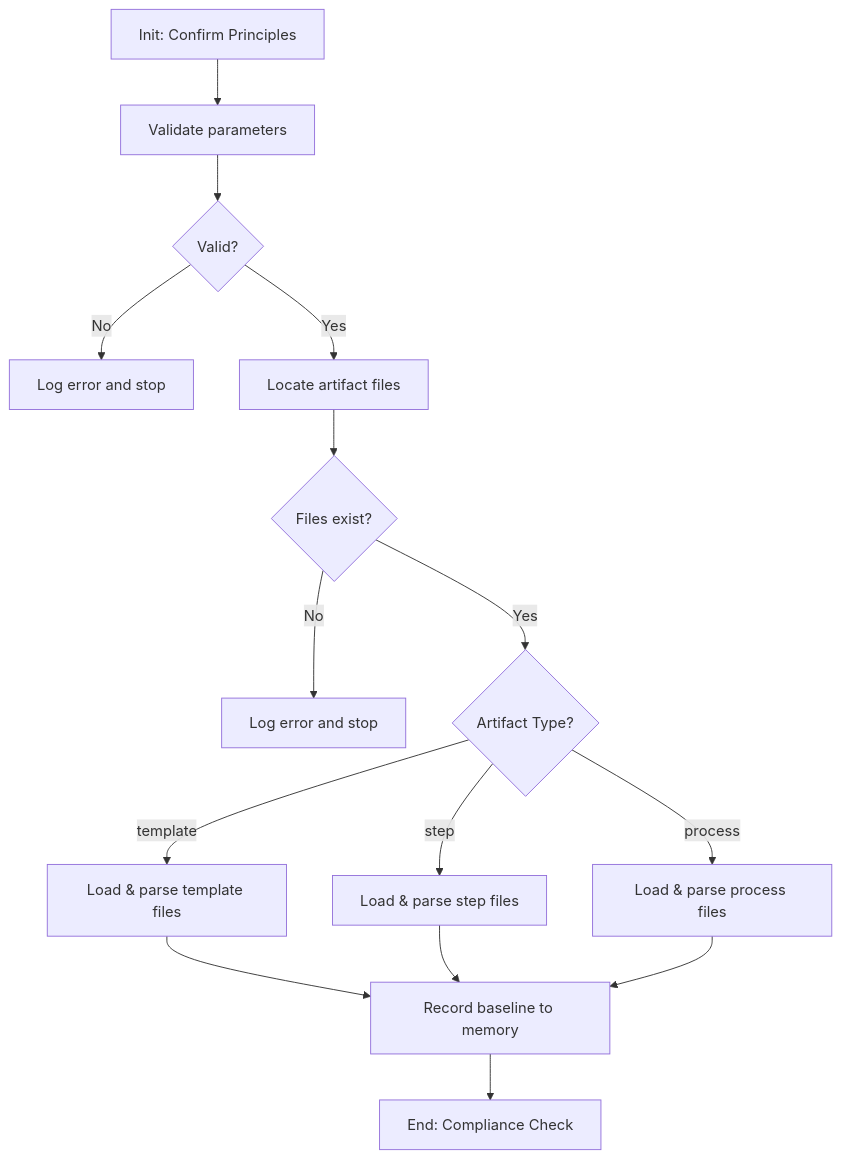
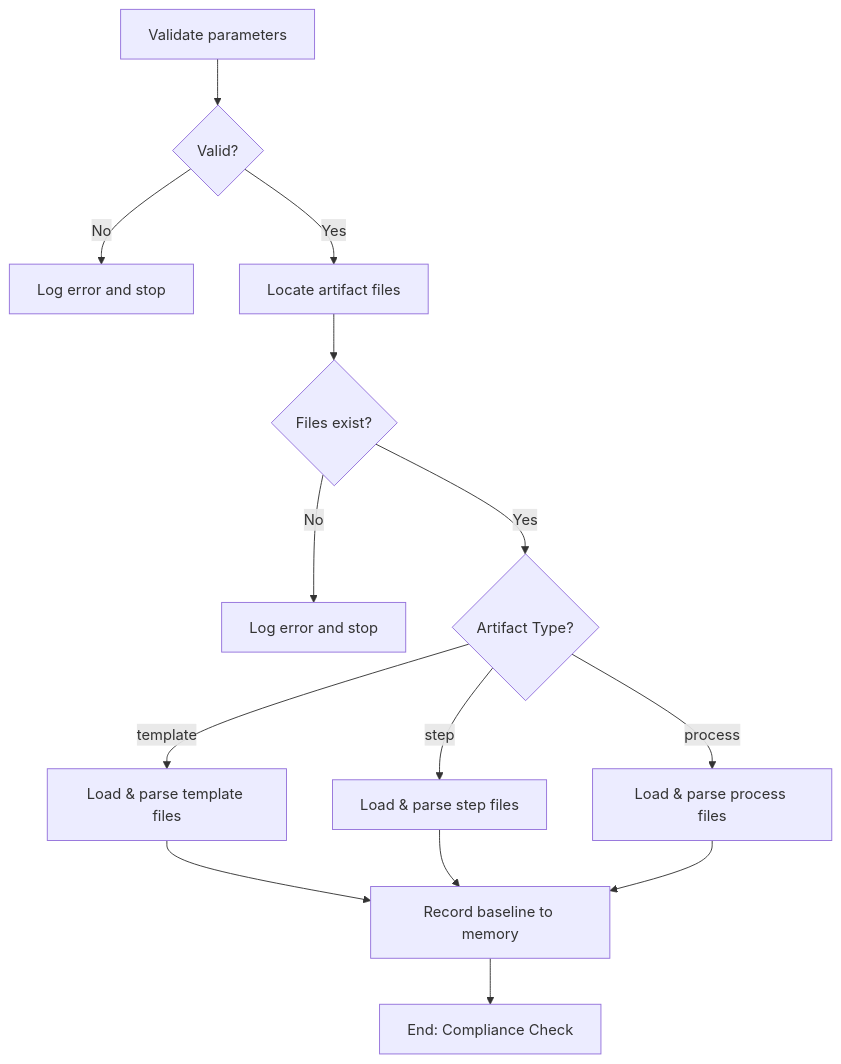
Before and after one commit to HMTools/agentic-processes-templates: the diagram in templates/steps/common/analyze-current-artifact-state/analyze-current-artifact-state.md, drawn with Mermaid. The commit also changed other lines of this file and 64 other files, not shown here.

````diff
--- a/templates/steps/common/analyze-current-artifact-state/analyze-current-artifact-state.md
+++ b/templates/steps/common/analyze-current-artifact-state/analyze-current-artifact-state.md
@@ -55,20 +55,19 @@
 ```mermaid
 graph TD
-    A[Init: Confirm Principles] --> B[Validate parameters]
-    B --> C{Valid?}
-    C -->|No| D[Log error and stop]
-    C -->|Yes| E[Locate artifact files]
+    A[Validate parameters] --> B{Valid?}
+    B -->|No| D[Log error and stop]
+    B -->|Yes| E[Locate artifact files]
     E --> F{Files exist?}
     F -->|No| G[Log error and stop]
     F -->|Yes| H{Artifact Type?}
     
     H -->|template| T1[Load & parse template files]
     H -->|step| S1[Load & parse step files]
     H -->|process| P1[Load & parse process files]
     
     T1 --> R[Record baseline to memory]
     S1 --> R
     P1 --> R
     
     R --> END[End: Compliance Check]
 ```
````
